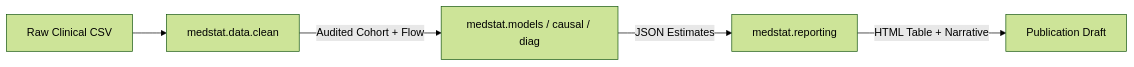
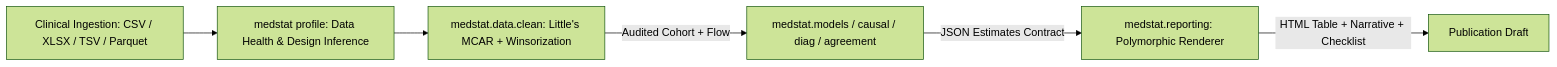
Before and after one commit to NTWKKM/shinystat-skills: the diagram in ARCHITECTURE.md, drawn with Mermaid (forest theme). The commit also changed other lines of this file and 23 other files, not shown here.

First line of the commit message:
feat(core): enhance biostatistics skills with universal ingestion, biomarker safety, and STARD/PRISMA reporting

````diff
--- a/ARCHITECTURE.md
+++ b/ARCHITECTURE.md
@@ -89,7 +92,8 @@
 ```mermaid
 flowchart LR
-    CSV[Raw Clinical CSV] --> Clean[medstat.data.clean]
-    Clean -->|Audited Cohort + Flow| Model[medstat.models / causal / diag]
-    Model -->|JSON Estimates| Report[medstat.reporting]
-    Report -->|HTML Table + Narrative| Manuscript[Publication Draft]
+    Data[Clinical Ingestion: CSV / XLSX / TSV / Parquet] --> Profile[medstat profile: Data Health & Design Inference]
+    Profile --> Clean[medstat.data.clean: Little's MCAR + Winsorization]
+    Clean -->|Audited Cohort + Flow| Model[medstat.models / causal / diag / agreement]
+    Model -->|JSON Estimates Contract| Report[medstat.reporting: Polymorphic Renderer]
+    Report -->|HTML Table + Narrative + Checklist| Manuscript[Publication Draft]
 ```
````
